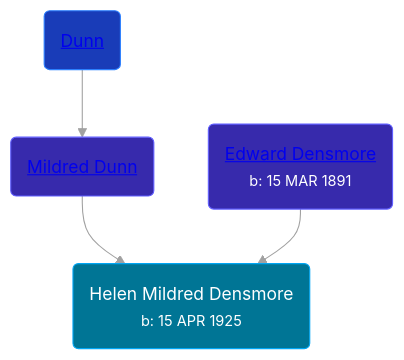
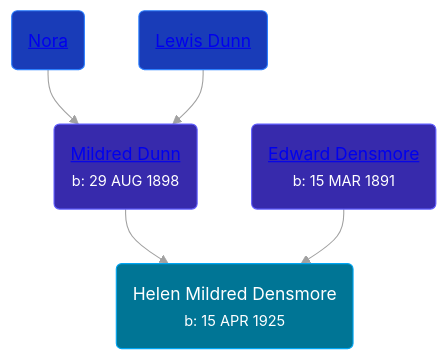
Before and after one commit to wpmgotkh/wpmgotkh.github.io: the diagram in pages/people/5/54702290.md, drawn with Mermaid. The commit also changed 257 other files, not shown here.

````diff
--- a/pages/people/5/54702290.md
+++ b/pages/people/5/54702290.md
@@ -11,11 +11,12 @@
 ```mermaid
 graph
 classDef grands fill:#193cb8,stroke:#2b7fff,stroke-width:1px,color:#fff;
 classDef parents fill:#372aac,stroke:#615fff,stroke-width:1px,color:#fff;
 classDef primary fill:#007595,stroke:#00a6f4,stroke-width:1px,color:#fff;
 54702290(Helen Mildred Densmore<br /><small>b: 15 APR 1925</small>):::primary
-7869963(<a class="text-white" href="/people/7/7869963">Mildred Dunn</a>):::parents-->54702290
-14066328(<a class="text-white" href="/people/1/14066328">Dunn</a>):::grands-->7869963
+7869963(<a class="text-white" href="/people/7/7869963">Mildred Dunn</a><br /><small>b: 29 AUG 1898</small>):::parents-->54702290
+37580902(<a class="text-white" href="/people/3/37580902">Nora </a>):::grands-->7869963
+14066328(<a class="text-white" href="/people/1/14066328">Lewis Dunn</a>):::grands-->7869963
 75117844(<a class="text-white" href="/people/7/75117844">Edward Densmore</a><br /><small>b: 15 MAR 1891</small>):::parents-->54702290
 linkStyle default stroke:#a1a1a1
 ```
````
